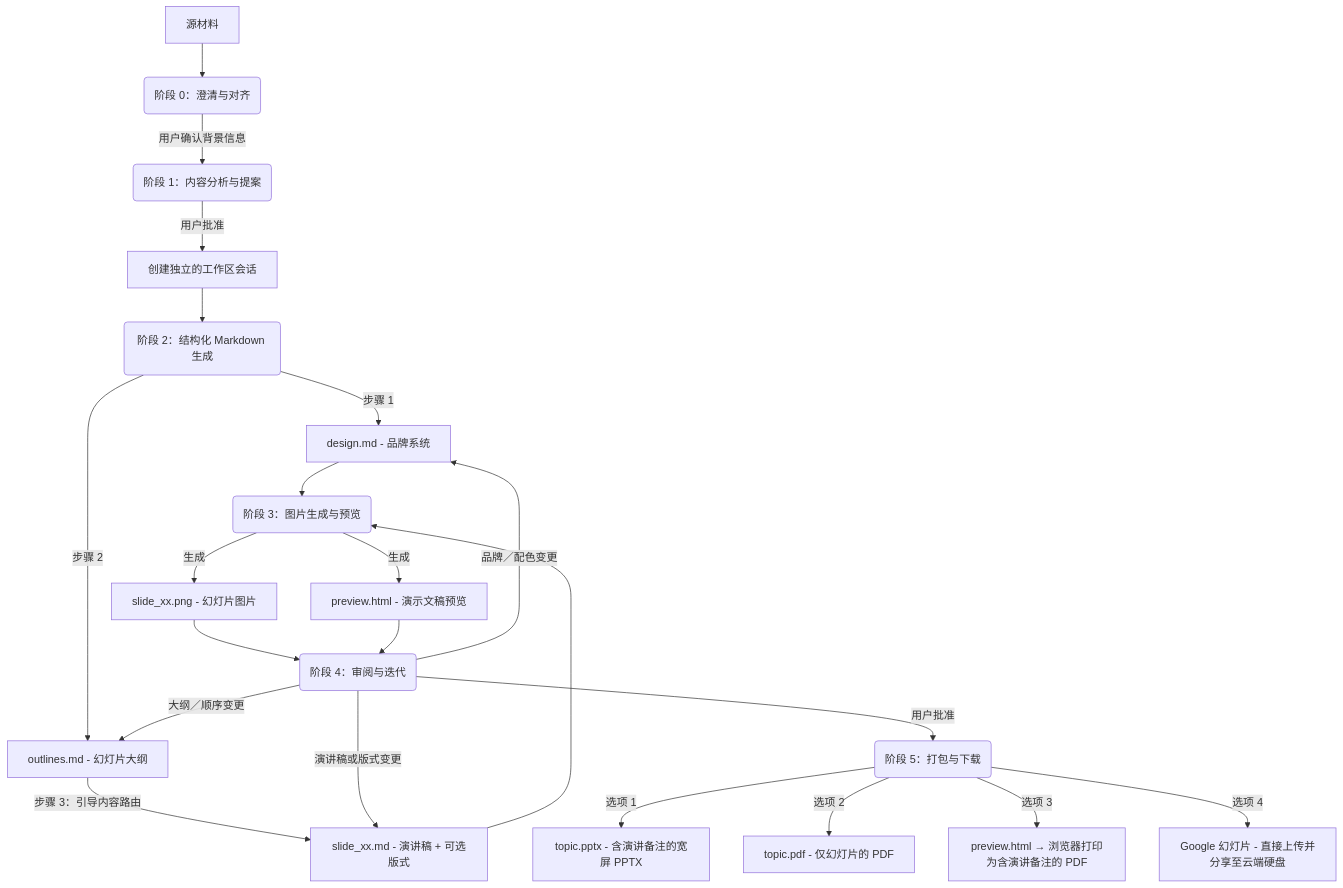
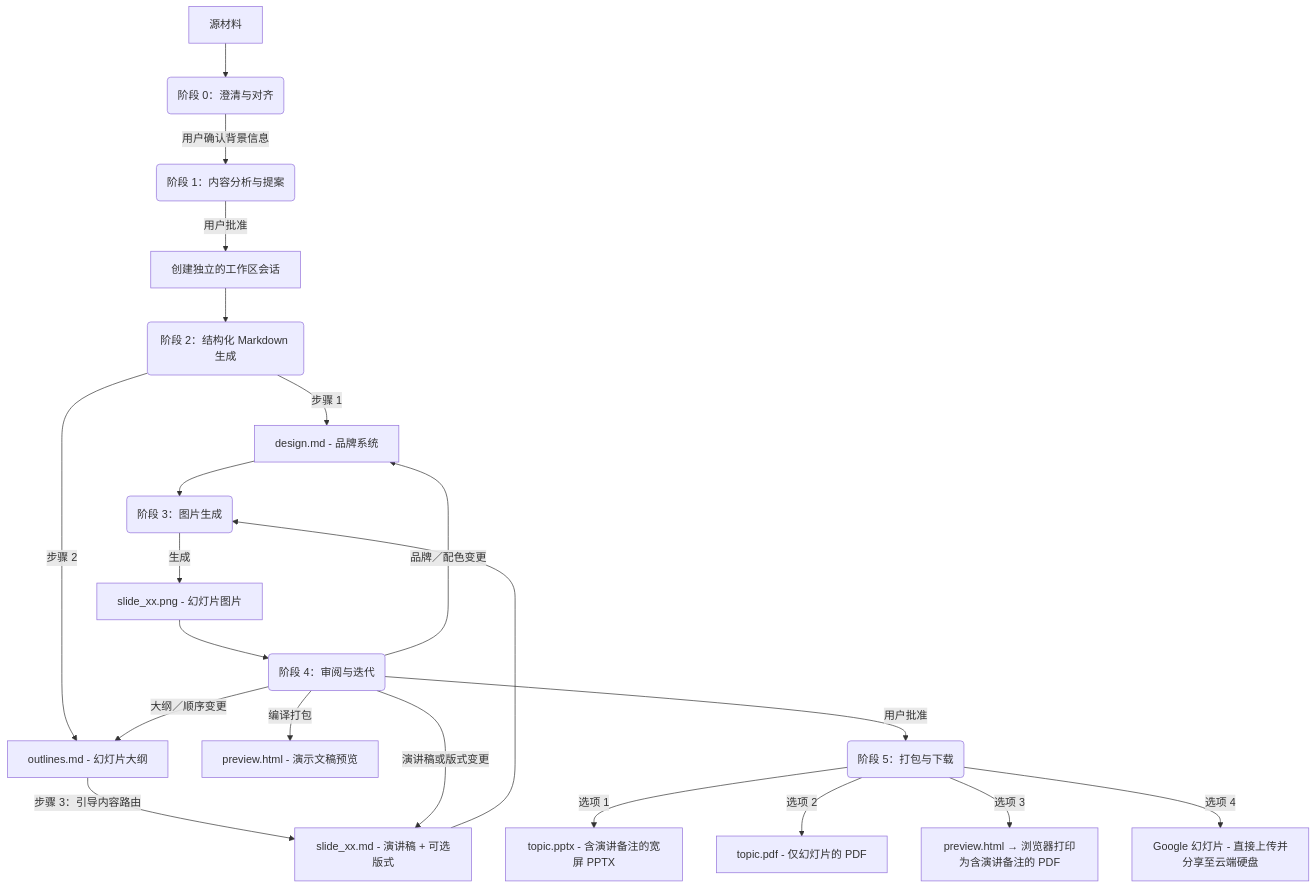
One commit to sylphlin/slide-gen-agent changed the diagram in README.zh-CN.md. Above: the diagram before and after it, drawn with Mermaid. The commit also changed other lines of this file and 6 other files, not shown here.

````diff
--- a/README.zh-CN.md
+++ b/README.zh-CN.md
@@ -23,27 +23,26 @@
 ```mermaid
 graph TD
     A[源材料] --> A0(阶段 0：澄清与对齐)
     A0 -->|用户确认背景信息| B(阶段 1：内容分析与提案)
     B -->|用户批准| C[创建独立的工作区会话]
     C --> D(阶段 2：结构化 Markdown 生成)
 
     D -->|步骤 1| E1[design.md - 品牌系统]
     D -->|步骤 2| E2[outlines.md - 幻灯片大纲]
     E2 -->|步骤 3：引导内容路由| E3[slide_xx.md - 演讲稿 + 可选版式]
 
-    E1 & E3 --> F(阶段 3：图片生成与预览)
+    E1 & E3 --> F(阶段 3：图片生成)
     F -->|生成| G1[slide_xx.png - 幻灯片图片]
-    F -->|生成| G2[preview.html - 演示文稿预览]
-
-    G1 & G2 --> H(阶段 4：审阅与迭代)
+    G1 --> H(阶段 4：审阅与迭代)
+    H -->|编译打包| G2[preview.html - 演示文稿预览]
 
     H -->|演讲稿或版式变更| E3
     H -->|大纲／顺序变更| E2
     H -->|品牌／配色变更| E1
 
     H -->|用户批准| I(阶段 5：打包与下载)
     I -->|选项 1| J[topic.pptx - 含演讲备注的宽屏 PPTX]
     I -->|选项 2| K[topic.pdf - 仅幻灯片的 PDF]
     I -->|选项 3| L[preview.html → 浏览器打印为含演讲备注的 PDF]
     I -->|选项 4| M[Google 幻灯片 - 直接上传并分享至云端硬盘]
 ```
````
